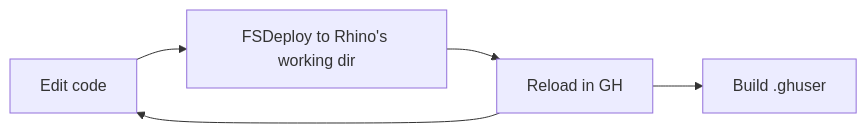
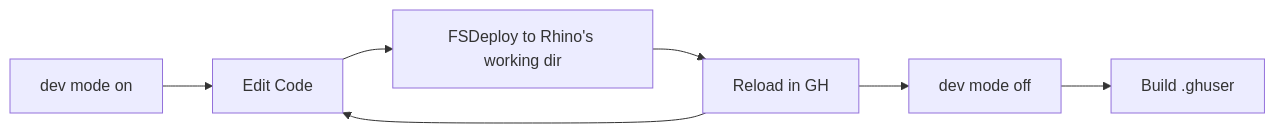
The diagram in workflow/README.md (PH-Tools/honeybee_grasshopper_ph), drawn with Mermaid before and after one commit. The commit also changed other lines of this file, not shown here.

````diff
--- a/workflow/README.md
+++ b/workflow/README.md
@@ -77,7 +78,9 @@
 ```mermaid
 graph LR;
-    A[Edit code] --> B[FSDeploy to Rhino's working dir];
-    B --> C[Reload in GH];
-    C --> A;
-    C --> D[Build .ghuser]
+    A[dev mode on] --> B[Edit Code];
+    B --> C[FSDeploy to Rhino's working dir];
+    C --> D[Reload in GH];
+    D --> B;
+    D --> E[dev mode off]
+    E --> F[Build .ghuser]
 ```
````
